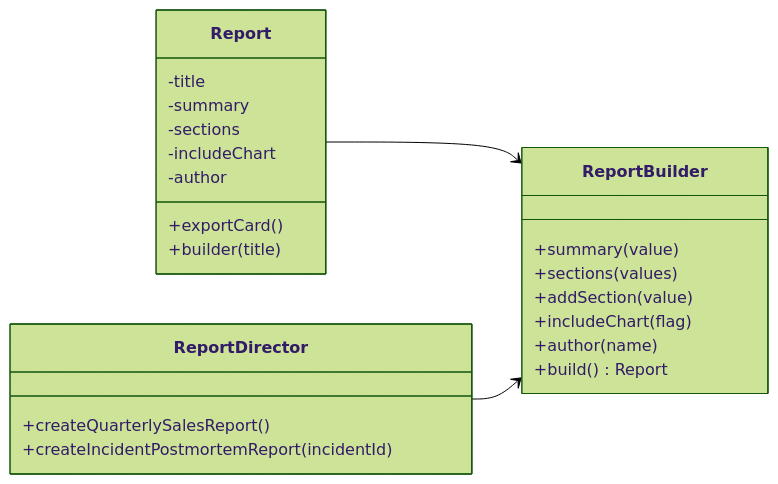
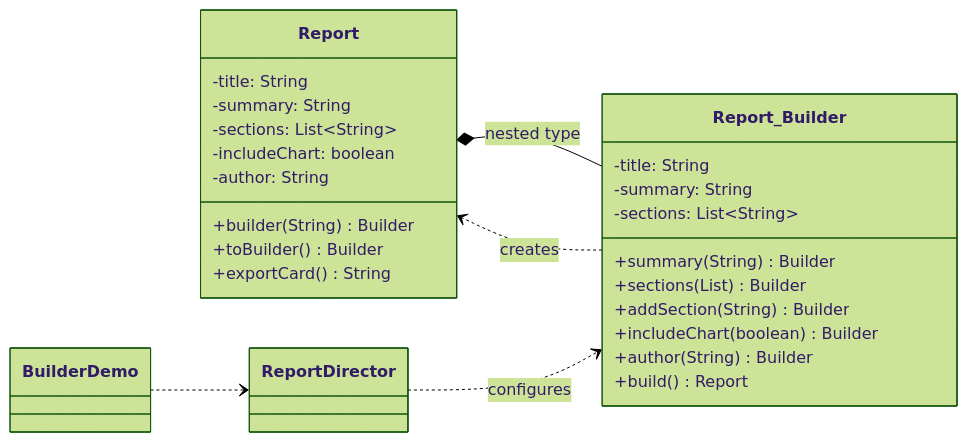
The first of 2 diagrams in src/main/java/com/can/creational/builder/explain/builder.md (TunahanCan/design_pattern), drawn with Mermaid (forest theme) before and after one commit. The commit also changed other lines of this file and 171 other files, not shown here.

````diff
--- a/src/main/java/com/can/creational/builder/explain/builder.md
+++ b/src/main/java/com/can/creational/builder/explain/builder.md
@@ -45,31 +107,32 @@
 ```mermaid
 classDiagram
     direction LR
 
     class Report {
-      -title
-      -summary
-      -sections
-      -includeChart
-      -author
-      +exportCard()
-      +builder(title)
+        -title: String
+        -summary: String
+        -sections: List~String~
+        -includeChart: boolean
+        -author: String
+        +builder(String) Builder
+        +toBuilder() Builder
+        +exportCard() String
     }
 
-    class ReportBuilder {
-      +summary(value)
-      +sections(values)
-      +addSection(value)
-      +includeChart(flag)
-      +author(name)
-      +build() Report
+    class Report_Builder {
+        -title: String
+        -summary: String
+        -sections: List~String~
+        +summary(String) Builder
+        +sections(List) Builder
+        +addSection(String) Builder
+        +includeChart(boolean) Builder
+        +author(String) Builder
+        +build() Report
     }
 
-    class ReportDirector {
-      +createQuarterlySalesReport()
-      +createIncidentPostmortemReport(incidentId)
-    }
-
-    Report --> ReportBuilder
-    ReportDirector --> ReportBuilder
+    Report *-- Report_Builder : nested type
+    Report_Builder ..> Report : creates
+    ReportDirector ..> Report_Builder : configures
+    BuilderDemo ..> ReportDirector
 ```
````
